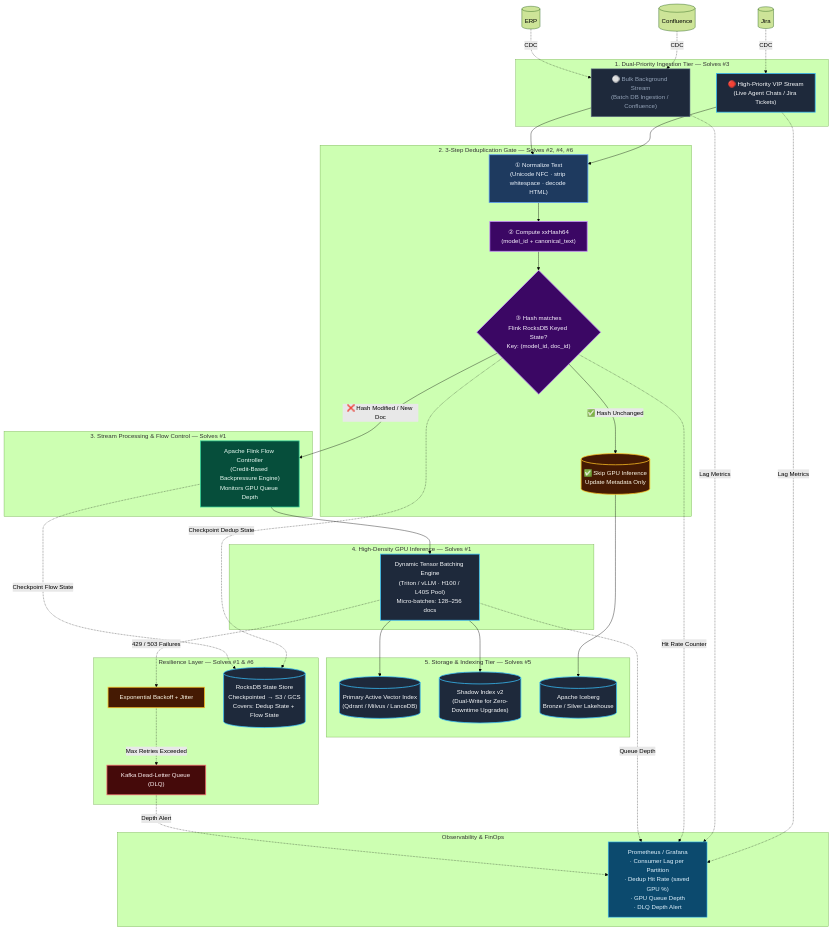
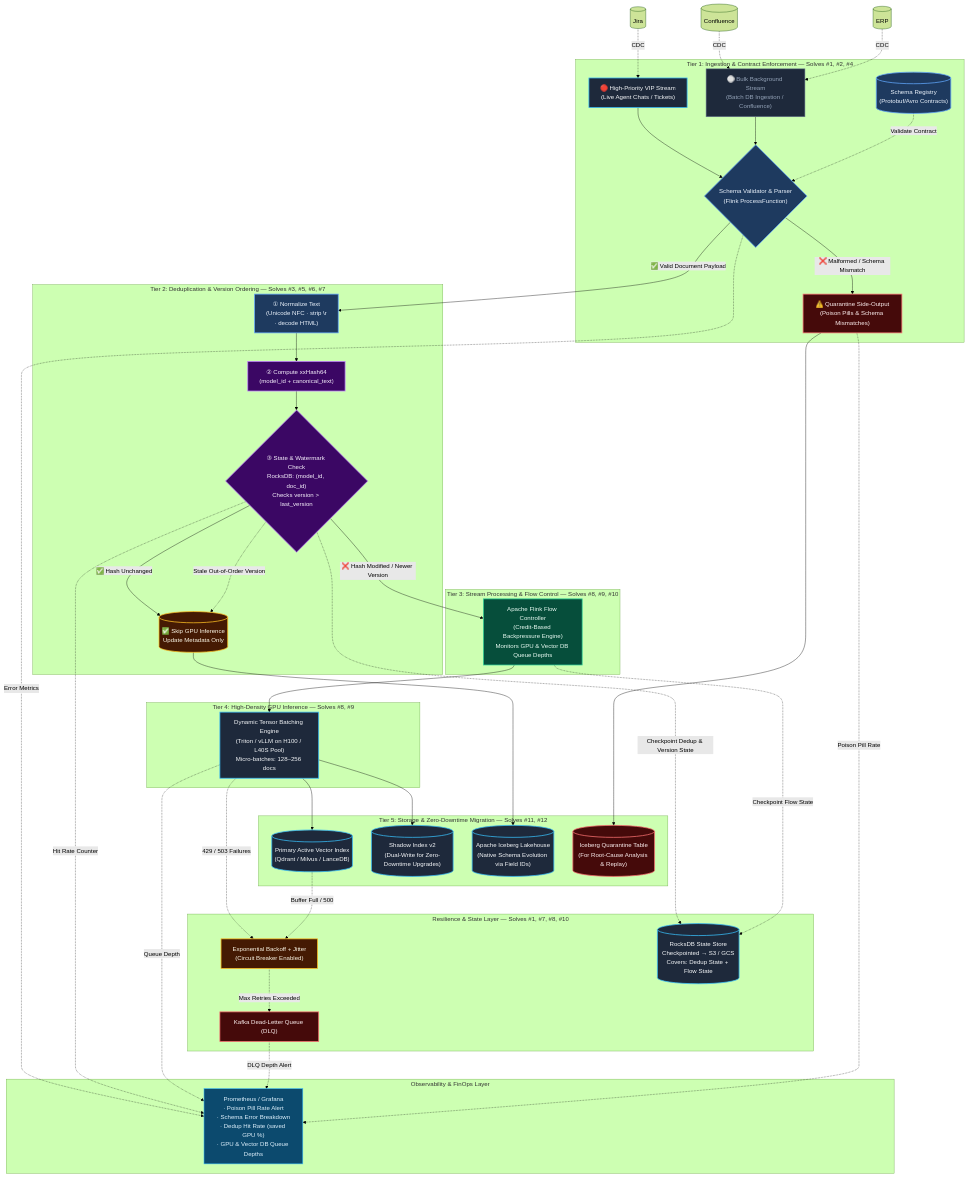
The diagram in docs/architecture/ingestion_pipeline.md (toanbui626391/data_ai_engineer), drawn with Mermaid (forest theme) before and after one commit. The commit also changed other lines of this file, not shown here.

````diff
--- a/docs/architecture/ingestion_pipeline.md
+++ b/docs/architecture/ingestion_pipeline.md
@@ -45,81 +65,98 @@
 ```mermaid
 flowchart TD
     %% ── Styles ──────────────────────────────────────────────────────────────
-    style K_VIP     fill:#1e293b,stroke:#38bdf8,stroke-width:2px,color:#f8fafc
-    style K_Bulk    fill:#1e293b,stroke:#64748b,stroke-width:1.5px,color:#94a3b8
-    style Normalize fill:#1e3a5f,stroke:#60a5fa,stroke-width:2px,color:#eff6ff
-    style HashCalc  fill:#3b0764,stroke:#c084fc,stroke-width:2px,color:#faf5ff
+    style K_VIP      fill:#1e293b,stroke:#38bdf8,stroke-width:2px,color:#f8fafc
+    style K_Bulk     fill:#1e293b,stroke:#64748b,stroke-width:1.5px,color:#94a3b8
+    style Registry   fill:#1e3a5f,stroke:#60a5fa,stroke-width:2px,color:#eff6ff
+    style Validator  fill:#1e3a5f,stroke:#60a5fa,stroke-width:2px,color:#eff6ff
+    style Quarantine fill:#450a0a,stroke:#f87171,stroke-width:2px,color:#fef2f2
+    style Normalize  fill:#1e3a5f,stroke:#60a5fa,stroke-width:2px,color:#eff6ff
+    style HashCalc   fill:#3b0764,stroke:#c084fc,stroke-width:2px,color:#faf5ff
     style StateLookup fill:#3b0764,stroke:#c084fc,stroke-width:2px,color:#faf5ff
-    style Skip      fill:#451a03,stroke:#fbbf24,stroke-width:2px,color:#fffbeb
+    style Skip       fill:#451a03,stroke:#fbbf24,stroke-width:2px,color:#fffbeb
     style Controller fill:#064e3b,stroke:#34d399,stroke-width:2px,color:#ecfdf5
-    style Triton    fill:#1e293b,stroke:#38bdf8,stroke-width:2px,color:#f8fafc
-    style V_Active  fill:#1e293b,stroke:#38bdf8,stroke-width:2px,color:#f8fafc
-    style V_Shadow  fill:#1e293b,stroke:#38bdf8,stroke-width:2px,color:#f8fafc
-    style Iceberg   fill:#1e293b,stroke:#38bdf8,stroke-width:2px,color:#f8fafc
-    style Retry     fill:#451a03,stroke:#fbbf24,stroke-width:2px,color:#fffbeb
-    style DLQ       fill:#450a0a,stroke:#f87171,stroke-width:2px,color:#fef2f2
-    style RocksDB   fill:#1e293b,stroke:#38bdf8,stroke-width:2px,color:#f8fafc
-    style Metrics   fill:#0c4a6e,stroke:#38bdf8,stroke-width:1.5px,color:#e0f2fe
+    style Triton     fill:#1e293b,stroke:#38bdf8,stroke-width:2px,color:#f8fafc
+    style V_Active   fill:#1e293b,stroke:#38bdf8,stroke-width:2px,color:#f8fafc
+    style V_Shadow   fill:#1e293b,stroke:#38bdf8,stroke-width:2px,color:#f8fafc
+    style Iceberg    fill:#1e293b,stroke:#38bdf8,stroke-width:2px,color:#f8fafc
+    style Q_Table    fill:#450a0a,stroke:#f87171,stroke-width:2px,color:#fef2f2
+    style Retry      fill:#451a03,stroke:#fbbf24,stroke-width:2px,color:#fffbeb
+    style DLQ        fill:#450a0a,stroke:#f87171,stroke-width:2px,color:#fef2f2
+    style RocksDB    fill:#1e293b,stroke:#38bdf8,stroke-width:2px,color:#f8fafc
+    style Metrics    fill:#0c4a6e,stroke:#38bdf8,stroke-width:1.5px,color:#e0f2fe
 
-    %% ── Tier 1: Dual-Priority Kafka Ingestion ───────────────────────────────
-    subgraph Ingestion ["1. Dual-Priority Ingestion Tier — Solves #3"]
-        K_VIP["🔴 High-Priority VIP Stream<br/>(Live Agent Chats / Jira Tickets)"]
+    %% ── Tier 1: Ingestion & Contract Gate ────────────────────────────────────
+    subgraph Tier1 ["Tier 1: Ingestion & Contract Enforcement — Solves #1, #2, #4"]
+        K_VIP["🔴 High-Priority VIP Stream<br/>(Live Agent Chats / Tickets)"]
         K_Bulk["⚪ Bulk Background Stream<br/>(Batch DB Ingestion / Confluence)"]
+        Registry[("Schema Registry<br/>(Protobuf/Avro Contracts)")]
+        Validator{"Schema Validator & Parser<br/>(Flink ProcessFunction)"}
+        Quarantine["⚠️ Quarantine Side-Output<br/>(Poison Pills & Schema Mismatches)"]
     end
 
     %% ── Tier 2: Deduplication Gate ──────────────────────────────────────────
-    subgraph Deduplication ["2. 3-Step Deduplication Gate — Solves #2, #4, #6"]
-        Normalize["① Normalize Text<br/>(Unicode NFC · strip whitespace · decode HTML)"]
+    subgraph Tier2 ["Tier 2: Deduplication & Version Ordering — Solves #3, #5, #6, #7"]
+        Normalize["① Normalize Text<br/>(Unicode NFC · strip \r\n · decode HTML)"]
         HashCalc["② Compute xxHash64<br/>(model_id + canonical_text)"]
-        StateLookup{"③ Hash matches<br/>Flink RocksDB Keyed State?<br/>Key: (model_id, doc_id)"}
+        StateLookup{"③ State & Watermark Check<br/>RocksDB: (model_id, doc_id)<br/>Checks version > last_version"}
         Skip[("✅ Skip GPU Inference<br/>Update Metadata Only")]
     end
 
-    %% ── Tier 3: Stream Processing & Flow Control ─────────────────────────────
-    subgraph StreamProcessing ["3. Stream Processing & Flow Control — Solves #1"]
-        Controller["Apache Flink Flow Controller<br/>(Credit-Based Backpressure Engine)<br/>Monitors GPU Queue Depth"]
+    %% ── Tier 3: Flow Control & Batching ──────────────────────────────────────
+    subgraph Tier3 ["Tier 3: Stream Processing & Flow Control — Solves #8, #9, #10"]
+        Controller["Apache Flink Flow Controller<br/>(Credit-Based Backpressure Engine)<br/>Monitors GPU & Vector DB Queue Depths"]
     end
 
     %% ── Tier 4: GPU Inference ────────────────────────────────────────────────
-    subgraph Inference ["4. High-Density GPU Inference — Solves #1"]
-        Triton["Dynamic Tensor Batching Engine<br/>(Triton / vLLM · H100 / L40S Pool)<br/>Micro-batches: 128–256 docs"]
+    subgraph Tier4 ["Tier 4: High-Density GPU Inference — Solves #8, #9"]
+        Triton["Dynamic Tensor Batching Engine<br/>(Triton / vLLM on H100 / L40S Pool)<br/>Micro-batches: 128–256 docs"]
     end
 
-    %% ── Tier 5: Storage ──────────────────────────────────────────────────────
-    subgraph Storage ["5. Storage & Indexing Tier — Solves #5"]
+    %% ── Tier 5: Storage & Schema Evolution ───────────────────────────────────
+    subgraph Tier5 ["Tier 5: Storage & Zero-Downtime Migration — Solves #11, #12"]
         V_Active[("Primary Active Vector Index<br/>(Qdrant / Milvus / LanceDB)")]
         V_Shadow[("Shadow Index v2<br/>(Dual-Write for Zero-Downtime Upgrades)")]
-        Iceberg[("Apache Iceberg<br/>Bronze / Silver Lakehouse")]
+        Iceberg[("Apache Iceberg Lakehouse<br/>(Native Schema Evolution via Field IDs)")]
+        Q_Table[("Iceberg Quarantine Table<br/>(For Root-Cause Analysis & Replay)")]
     end
 
     %% ── Resilience Layer ─────────────────────────────────────────────────────
-    subgraph Reliability ["Resilience Layer — Solves #1 & #6"]
-        Retry["Exponential Backoff + Jitter"]
+    subgraph TierR ["Resilience & State Layer — Solves #1, #7, #8, #10"]
+        Retry["Exponential Backoff + Jitter<br/>(Circuit Breaker Enabled)"]
         DLQ["Kafka Dead-Letter Queue (DLQ)"]
         RocksDB[("RocksDB State Store<br/>Checkpointed → S3 / GCS<br/>Covers: Dedup State + Flow State")]
     end
 
     %% ── Observability ────────────────────────────────────────────────────────
-    subgraph Observability ["Observability & FinOps"]
-        Metrics["Prometheus / Grafana<br/>· Consumer Lag per Partition<br/>· Dedup Hit Rate (saved GPU %)<br/>· GPU Queue Depth<br/>· DLQ Depth Alert"]
+    subgraph TierO ["Observability & FinOps Layer"]
+        Metrics["Prometheus / Grafana<br/>· Poison Pill Rate Alert<br/>· Schema Error Breakdown<br/>· Dedup Hit Rate (saved GPU %)<br/>· GPU & Vector DB Queue Depths"]
     end
 
     %% ── Connections ──────────────────────────────────────────────────────────
 
     %% Sources → Priority Topics
-    Jira[(Jira)]    -.->|"CDC"| K_VIP
+    Jira[(Jira)]       -.->|"CDC"| K_VIP
     Conf[(Confluence)] -.->|"CDC"| K_Bulk
-    ERP[(ERP)]      -.->|"CDC"| K_Bulk
+    ERP[(ERP)]         -.->|"CDC"| K_Bulk
 
-    %% Ingestion → Deduplication
-    K_VIP  --> Normalize
-    K_Bulk --> Normalize
+    %% Ingestion → Validation
+    K_VIP  --> Validator
+    K_Bulk --> Validator
+    Registry -.->|"Validate Contract"| Validator
+
+    %% Poison Pill / Bad Data vs Valid Path
+    Validator -->|"❌ Malformed / Schema Mismatch"| Quarantine
+    Validator -->|"✅ Valid Document Payload"| Normalize
+    Quarantine --> Q_Table
+
+    %% Deduplication Flow
     Normalize --> HashCalc
     HashCalc --> StateLookup
 
     %% Dedup gate decision
     StateLookup -->|"✅ Hash Unchanged"| Skip
-    StateLookup -->|"❌ Hash Modified / New Doc"| Controller
+    StateLookup -->|"❌ Hash Modified / Newer Version"| Controller
+    StateLookup -.->|"Stale Out-of-Order Version"| Skip
 
     %% Flow Control → GPU → Storage
     Controller --> Triton
@@ -131,16 +168,17 @@
 
     %% Resilience paths
     Triton  -.->|"429 / 503 Failures"| Retry
+    V_Active -.->|"Buffer Full / 500"| Retry
     Retry   -.->|"Max Retries Exceeded"| DLQ
 
-    %% State checkpointing covers BOTH dedup gate AND flow controller
-    StateLookup -.->|"Checkpoint Dedup State"| RocksDB
+    %% State checkpointing
+    StateLookup -.->|"Checkpoint Dedup & Version State"| RocksDB
     Controller  -.->|"Checkpoint Flow State"| RocksDB
 
     %% Observability taps
-    K_VIP       -.->|"Lag Metrics"| Metrics
-    K_Bulk      -.->|"Lag Metrics"| Metrics
+    Validator   -.->|"Error Metrics"| Metrics
     StateLookup -.->|"Hit Rate Counter"| Metrics
     Triton      -.->|"Queue Depth"| Metrics
-    DLQ         -.->|"Depth Alert"| Metrics
+    DLQ         -.->|"DLQ Depth Alert"| Metrics
+    Quarantine  -.->|"Poison Pill Rate"| Metrics
 ```
````
